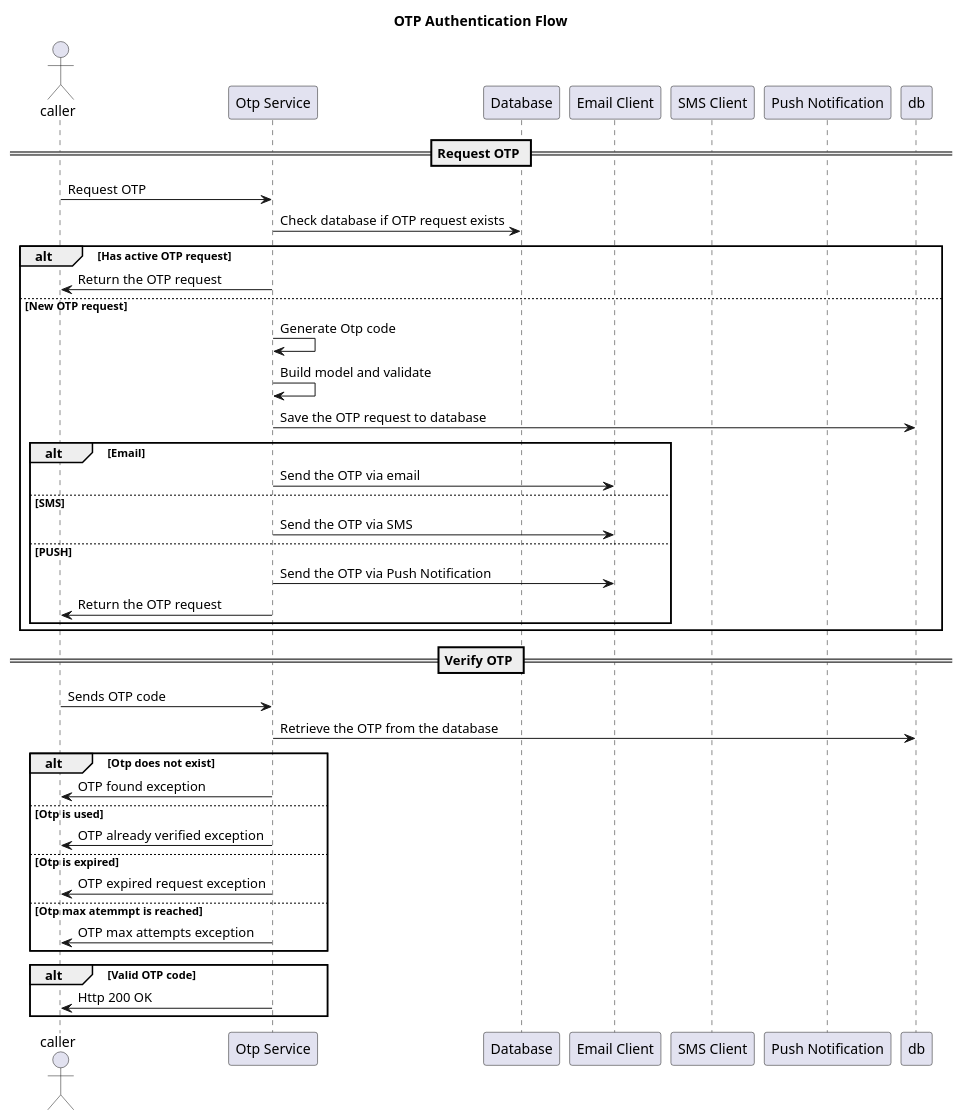
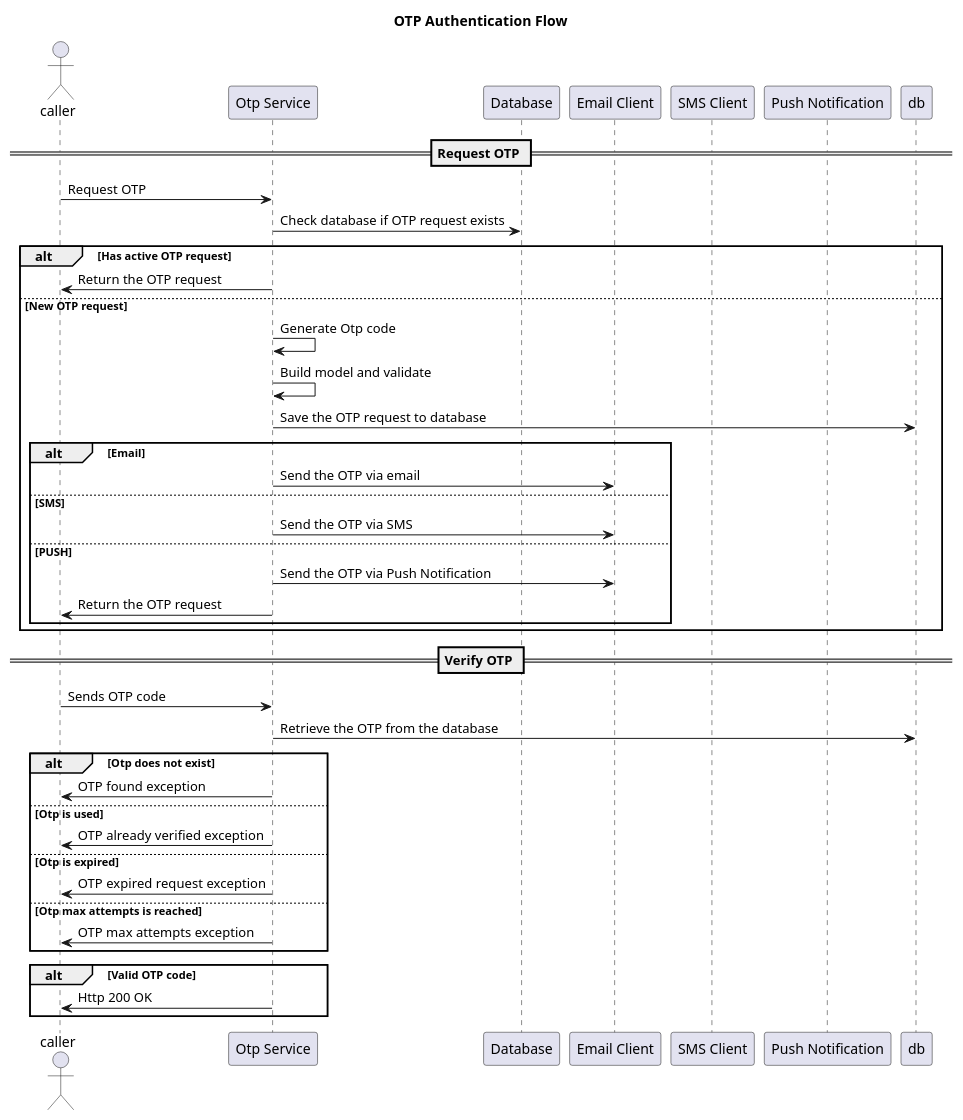
One commit to kevin-fabian/otp-service changed the diagram in documentation/diagram/otp/otp-authentication-flow.plantuml. Above: the diagram before and after it, drawn with PlantUML.

Commit message:
Fix typo in diagram

```diff
--- a/documentation/diagram/otp/otp-authentication-flow.plantuml
+++ b/documentation/diagram/otp/otp-authentication-flow.plantuml
@@ -1,46 +1,46 @@
 title OTP Authentication Flow
 
 
 actor caller
 participant "Otp Service" as otp
 participant "Database" as DB
 participant "Email Client" as email
 participant "SMS Client" as sms
 participant "Push Notification" as push
 
 == Request OTP ==
 caller->otp: Request OTP
 otp->DB: Check database if OTP request exists
 alt Has active OTP request
     otp->caller: Return the OTP request
 else New OTP request
     otp->otp: Generate Otp code
     otp->otp: Build model and validate
     otp->db: Save the OTP request to database
     alt Email
       otp->email: Send the OTP via email
     else SMS
       otp->email: Send the OTP via SMS
     else PUSH
       otp->email: Send the OTP via Push Notification
     otp->caller: Return the OTP request
     end
 end
 
 == Verify OTP ==
 caller->otp: Sends OTP code
 otp->db: Retrieve the OTP from the database
 
 alt Otp does not exist
    otp->caller: OTP found exception
 else Otp is used
   otp->caller: OTP already verified exception
 else Otp is expired
   otp->caller: OTP expired request exception
-else Otp max atemmpt is reached
+else Otp max attempts is reached
   otp->caller: OTP max attempts exception
 end
 
 alt Valid OTP code
   otp->caller: Http 200 OK
 end
```
